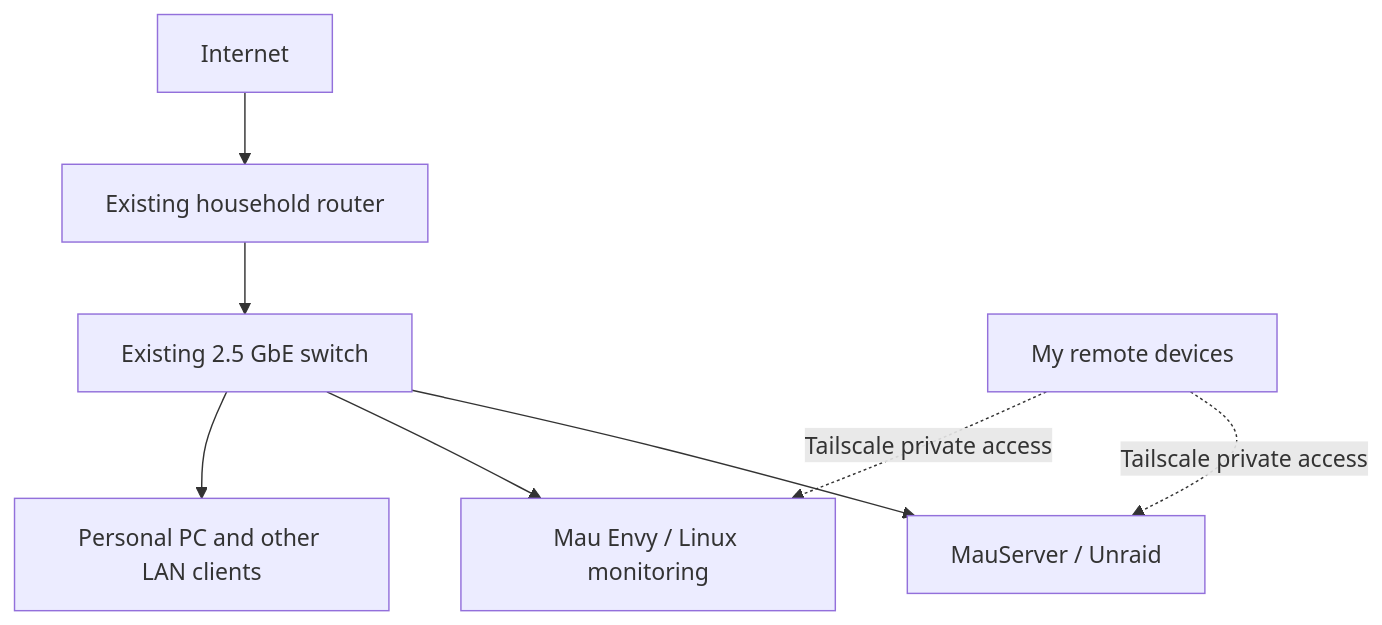
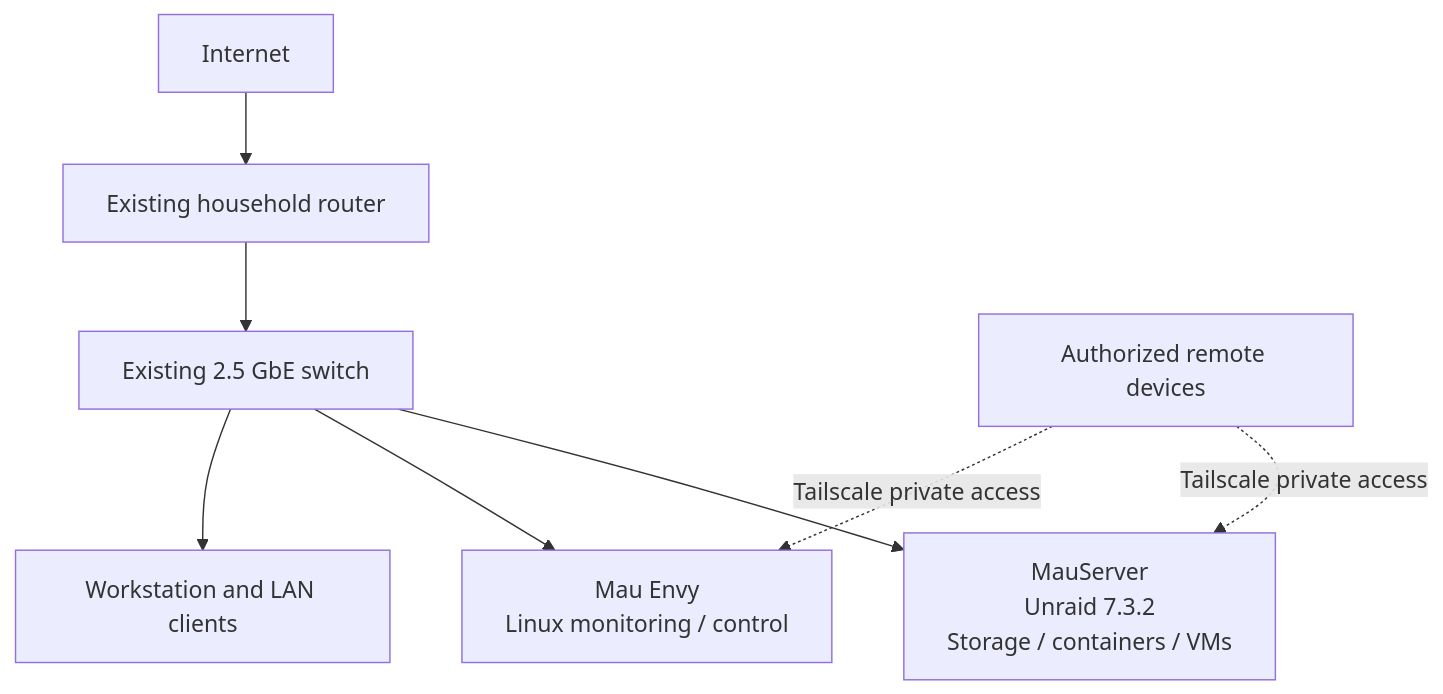
Before and after one commit to Maulenos/MauLab: the diagram in README.md, drawn with Mermaid. The commit also changed other lines of this file and 7 other files, not shown here.

````diff
--- a/README.md
+++ b/README.md
@@ -39,10 +32,10 @@
 ```mermaid
 flowchart TB
-    Internet[Internet] --> Router[Existing household router]
-    Router --> Switch[Existing 2.5 GbE switch]
-    Switch --> Server[MauServer / Unraid]
-    Switch --> Envy[Mau Envy / Linux monitoring]
-    Switch --> Clients[Personal PC and other LAN clients]
-    Remote[My remote devices] -. Tailscale private access .-> Server
-    Remote -. Tailscale private access .-> Envy
+    Internet["Internet"] --> Router["Existing household router"]
+    Router --> Switch["Existing 2.5 GbE switch"]
+    Switch --> Server["MauServer<br/>Unraid 7.3.2<br/>Storage / containers / VMs"]
+    Switch --> Envy["Mau Envy<br/>Linux monitoring / control"]
+    Switch --> Clients["Workstation and LAN clients"]
+    Remote["Authorized remote devices"] -. "Tailscale private access" .-> Server
+    Remote -. "Tailscale private access" .-> Envy
 ```
````
